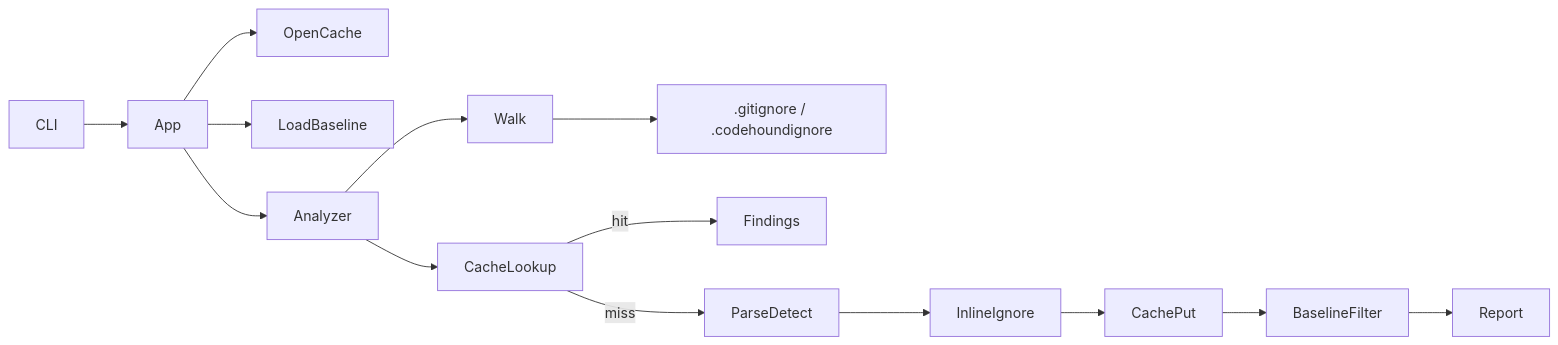
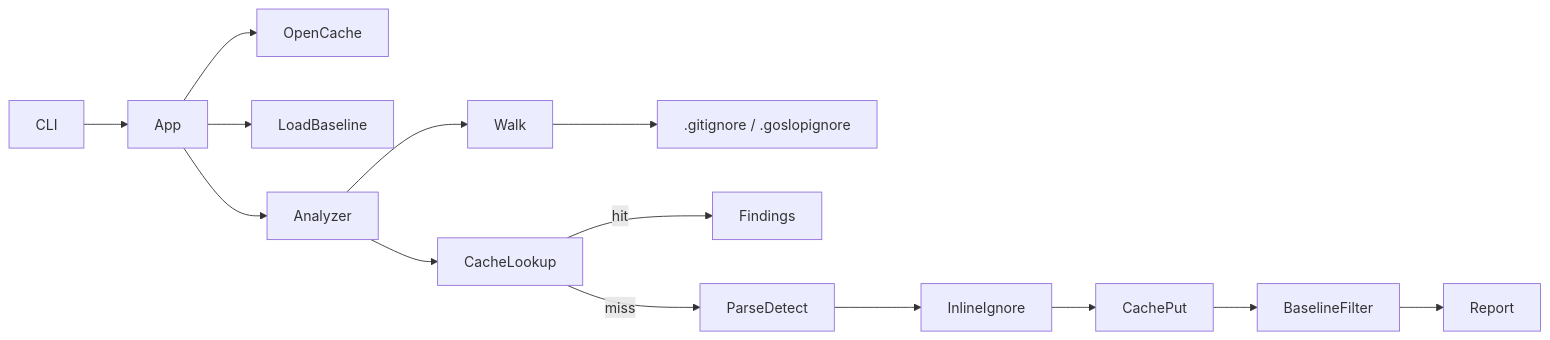
Before and after one commit to chinmay-sawant/goslop: the diagram in plans/PR/v0.0.1/pr-phase-10-cache.md, drawn with Mermaid. The commit also changed other lines of this file and 37 other files, not shown here.

````diff
--- a/plans/PR/v0.0.1/pr-phase-10-cache.md
+++ b/plans/PR/v0.0.1/pr-phase-10-cache.md
@@ -91,16 +91,16 @@
 ```mermaid
 flowchart LR
   CLI --> App
   App --> OpenCache
   App --> LoadBaseline
   App --> Analyzer
   Analyzer --> Walk
-  Walk --> IgnoreFiles[".gitignore / .codehoundignore"]
+  Walk --> IgnoreFiles[".gitignore / .goslopignore"]
   Analyzer --> CacheLookup
   CacheLookup -->|hit| Findings
   CacheLookup -->|miss| ParseDetect
   ParseDetect --> InlineIgnore
   InlineIgnore --> CachePut
   CachePut --> BaselineFilter
   BaselineFilter --> Report
 ```
````
